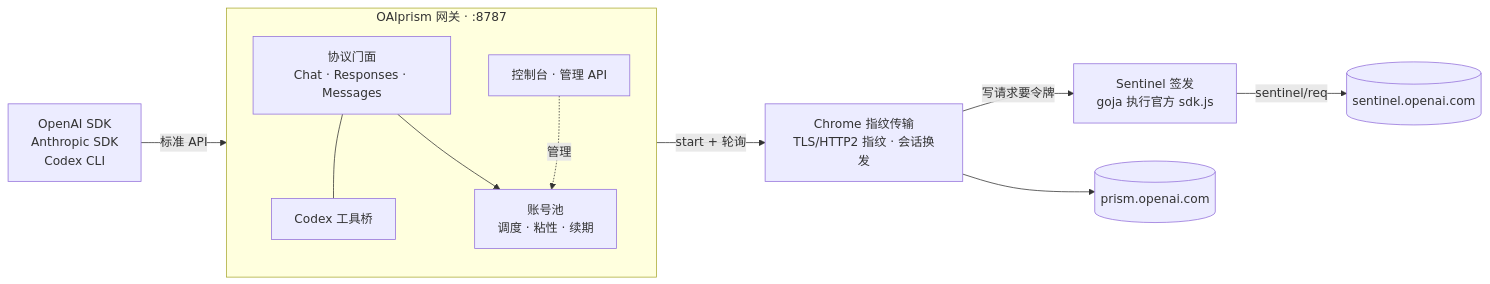
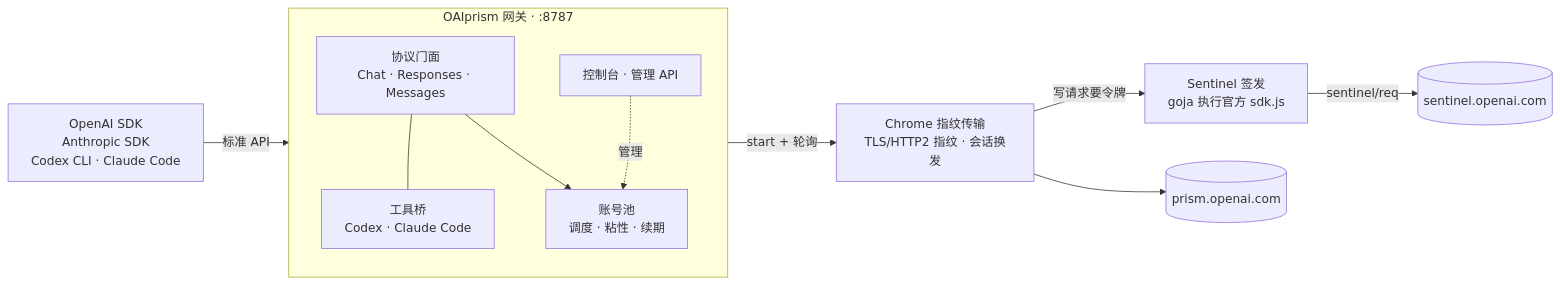
One commit to alanbulan/oai-prism changed the diagram in README.md. Above: the diagram before and after it, drawn with Mermaid. The commit also changed other lines of this file and 14 other files, not shown here.

First line of the commit message:
功能：Claude Code 工具桥 —— 上游决策、Claude Code 在本机执行；Anthropic 接口支持图片

````diff
--- a/README.md
+++ b/README.md
@@ -196,26 +196,26 @@
 ```mermaid
 flowchart LR
-    C["OpenAI SDK<br/>Anthropic SDK<br/>Codex CLI"]
+    C["OpenAI SDK<br/>Anthropic SDK<br/>Codex CLI · Claude Code"]
 
     subgraph GW["OAIprism 网关 · :8787"]
         direction TB
         F["协议门面<br/>Chat · Responses · Messages"]
-        T["Codex 工具桥"]
+        T["工具桥<br/>Codex · Claude Code"]
         P["账号池<br/>调度 · 粘性 · 续期"]
         D["控制台 · 管理 API"]
     end
 
     B["Chrome 指纹传输<br/>TLS/HTTP2 指纹 · 会话换发"]
     O["Sentinel 签发<br/>goja 执行官方 sdk.js"]
     U[("prism.openai.com")]
     S[("sentinel.openai.com")]
 
     C -->|标准 API| F
     F --- T
     F --> P
     D -.->|管理| P
     P -->|start + 轮询| B
     B -->|写请求要令牌| O
     O -->|sentinel/req| S
     B --> U
 ```
````
